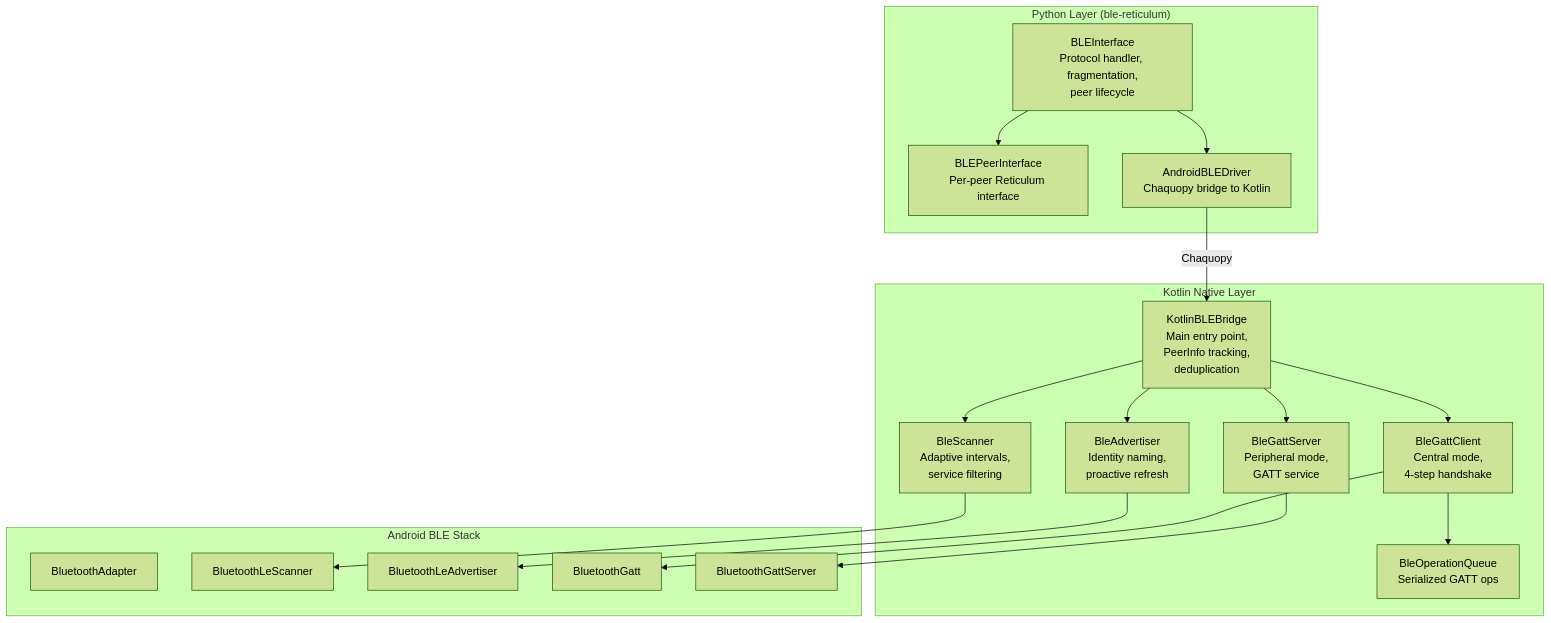
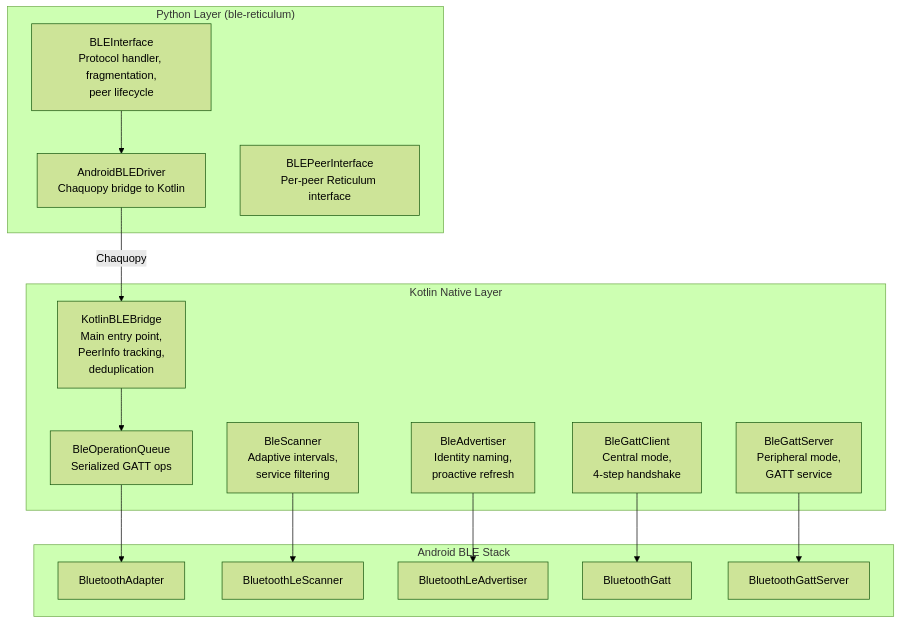
Before and after one commit to torlando-tech/columba: the first of 14 diagrams in docs/ble-architecture.md, drawn with Mermaid (forest theme). The commit also changed other lines of this file, not shown here.

Commit message:
docs: improve BLE architecture diagram layout
- Reorder components for proper vertical stacking of layers
- Simplify inter-layer connections for cleaner visualization
- Update sequence diagram colors for better contrast

````diff
--- a/docs/ble-architecture.md
+++ b/docs/ble-architecture.md
@@ -9,38 +9,37 @@
 ```mermaid
 flowchart TB
     subgraph Python["Python Layer (ble-reticulum)"]
         BLEInterface["BLEInterface<br/>Protocol handler, fragmentation,<br/>peer lifecycle"]
-        BLEPeerInterface["BLEPeerInterface<br/>Per-peer Reticulum interface"]
         AndroidDriver["AndroidBLEDriver<br/>Chaquopy bridge to Kotlin"]
+                BLEPeerInterface["BLEPeerInterface<br/>Per-peer Reticulum interface"]
+
     end
 
     subgraph Kotlin["Kotlin Native Layer"]
+        OpQueue["BleOperationQueue<br/>Serialized GATT ops"]
         Bridge["KotlinBLEBridge<br/>Main entry point,<br/>PeerInfo tracking,<br/>deduplication"]
         Scanner["BleScanner<br/>Adaptive intervals,<br/>service filtering"]
         Advertiser["BleAdvertiser<br/>Identity naming,<br/>proactive refresh"]
         GattClient["BleGattClient<br/>Central mode,<br/>4-step handshake"]
         GattServer["BleGattServer<br/>Peripheral mode,<br/>GATT service"]
-        OpQueue["BleOperationQueue<br/>Serialized GATT ops"]
     end
 
     subgraph Android["Android BLE Stack"]
-        BluetoothAdapter["BluetoothAdapter"]
+            BluetoothAdapter["BluetoothAdapter"]
+
         BluetoothLeScanner["BluetoothLeScanner"]
         BluetoothLeAdvertiser["BluetoothLeAdvertiser"]
         BluetoothGatt["BluetoothGatt"]
         BluetoothGattServer["BluetoothGattServer"]
+        
     end
 
-    BLEInterface --> BLEPeerInterface
     BLEInterface --> AndroidDriver
     AndroidDriver -->|Chaquopy| Bridge
-    Bridge --> Scanner
-    Bridge --> Advertiser
-    Bridge --> GattClient
-    Bridge --> GattServer
-    GattClient --> OpQueue
+    Bridge --> OpQueue
+    OpQueue --> BluetoothAdapter
     Scanner --> BluetoothLeScanner
     Advertiser --> BluetoothLeAdvertiser
     GattClient --> BluetoothGatt
     GattServer --> BluetoothGattServer
 ```
````
